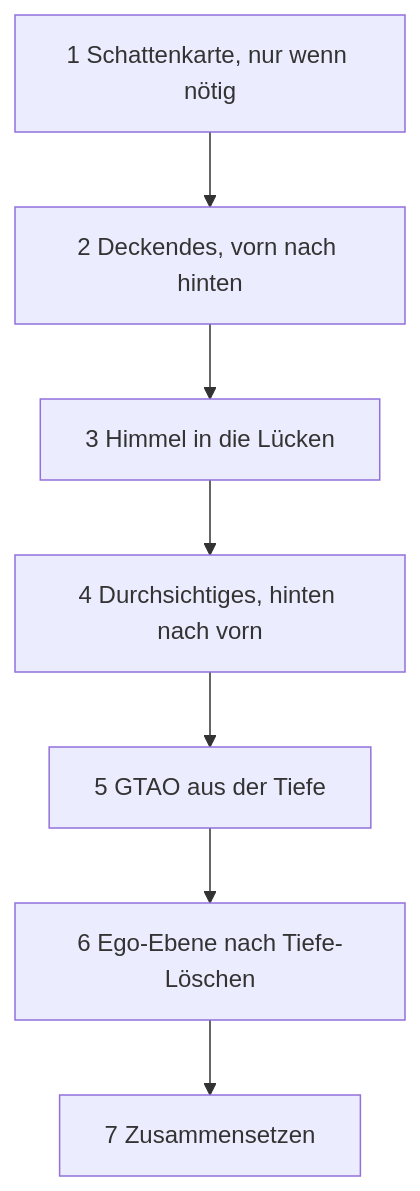
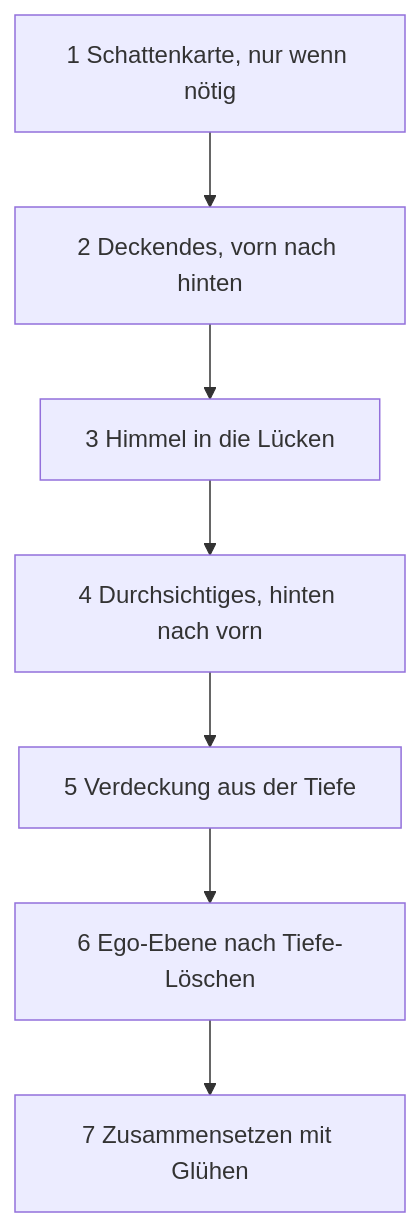
Before and after one commit to ChristianHohlfeld/kernengine.de: the third of 3 diagrams in kern/docs/buch-gelb/B-grundlagen-rendering.md, drawn with Mermaid. The commit also changed other lines of this file and 1 other file, not shown here.

````diff
--- a/kern/docs/buch-gelb/B-grundlagen-rendering.md
+++ b/kern/docs/buch-gelb/B-grundlagen-rendering.md
@@ -431,10 +669,10 @@
 ```mermaid
 flowchart TD
   A["1 Schattenkarte, nur wenn nötig"]
   A --> B["2 Deckendes, vorn nach hinten"]
   B --> C["3 Himmel in die Lücken"]
   C --> D["4 Durchsichtiges, hinten nach vorn"]
-  D --> E["5 GTAO aus der Tiefe"]
+  D --> E["5 Verdeckung aus der Tiefe"]
   E --> F["6 Ego-Ebene nach Tiefe-Löschen"]
-  F --> G["7 Zusammensetzen"]
+  F --> G["7 Zusammensetzen mit Glühen"]
 ```
````
